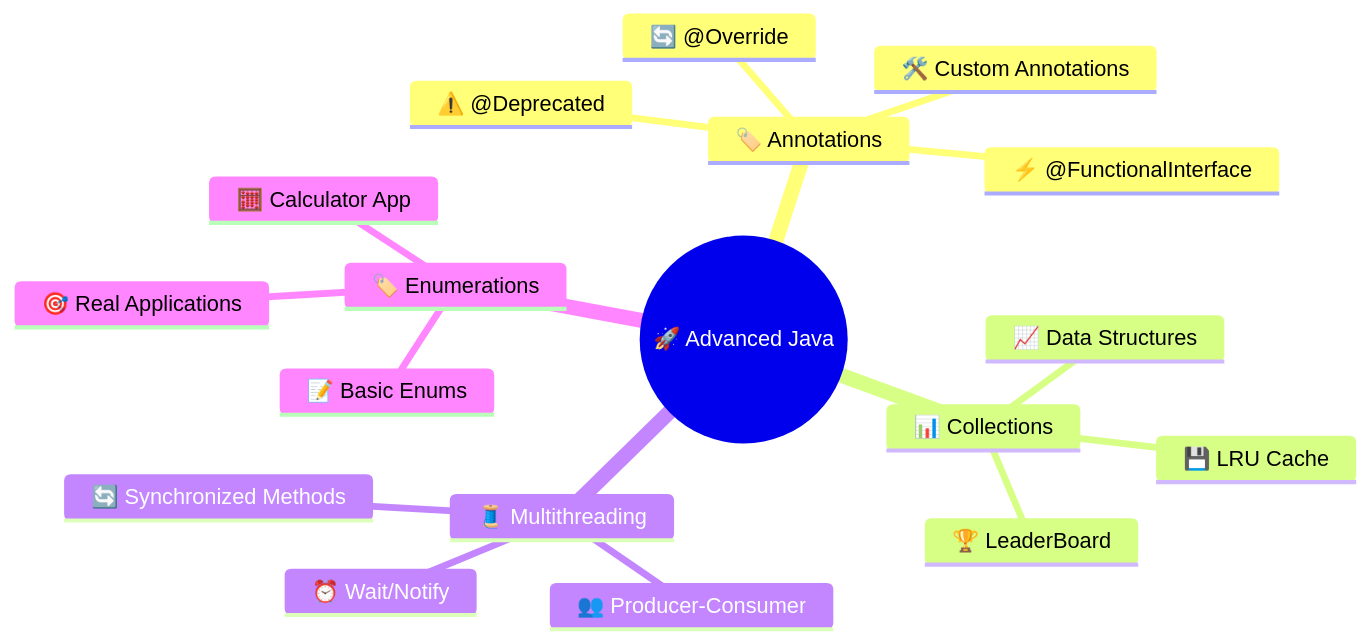
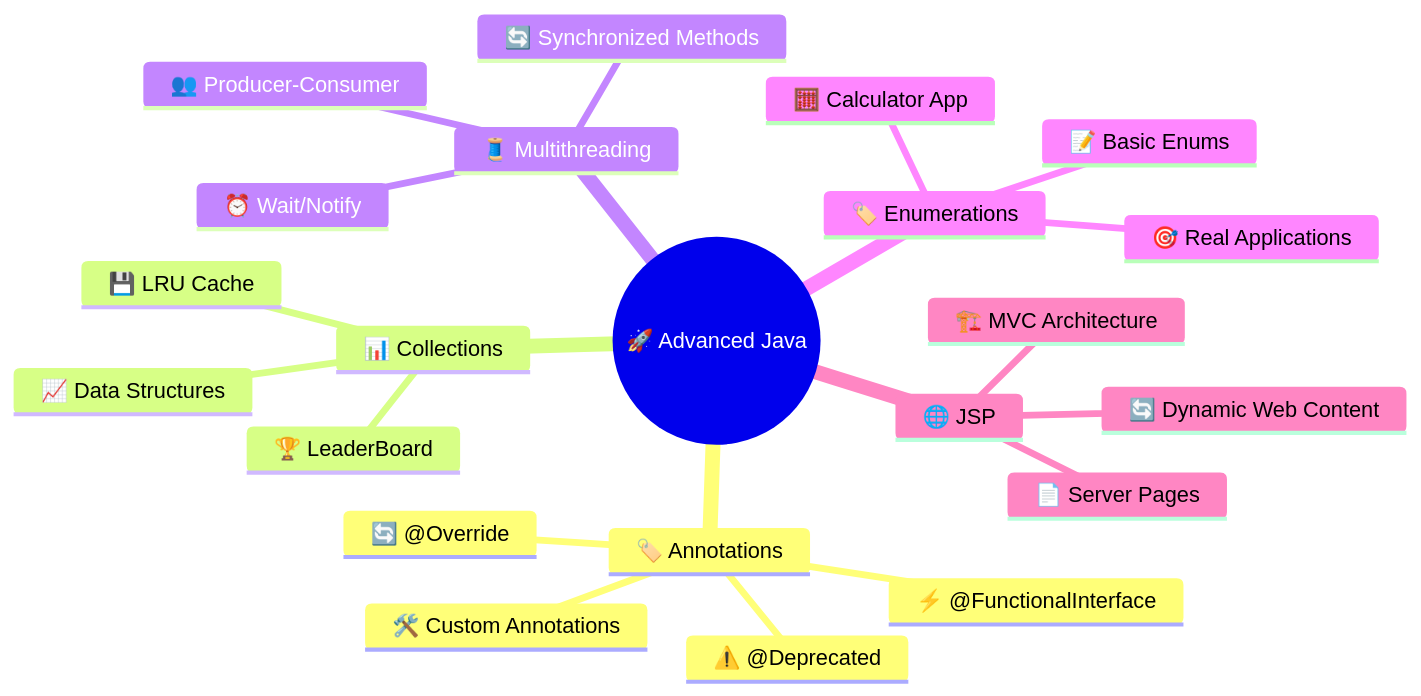
Before and after one commit to Piyush64-bit/AdvanceJava-Programs: the third of 6 diagrams in README.md, drawn with Mermaid. The commit also changed other lines of this file and 2 other files, not shown here.

````diff
--- a/README.md
+++ b/README.md
@@ -86,21 +86,25 @@
 ```mermaid
 mindmap
   root((🚀 Advanced Java))
     🏷️ Annotations
       ⚠️ @Deprecated
       🔄 @Override
       ⚡ @FunctionalInterface
       🛠️ Custom Annotations
     📊 Collections
       🏆 LeaderBoard
       💾 LRU Cache
       📈 Data Structures
     🧵 Multithreading
       👥 Producer-Consumer
       🔄 Synchronized Methods
       ⏰ Wait/Notify
     🏷️ Enumerations
       📝 Basic Enums
       🧮 Calculator App
       🎯 Real Applications
+    🌐 JSP
+      📄 Server Pages
+      🔄 Dynamic Web Content
+      🏗️ MVC Architecture
 ```
````
